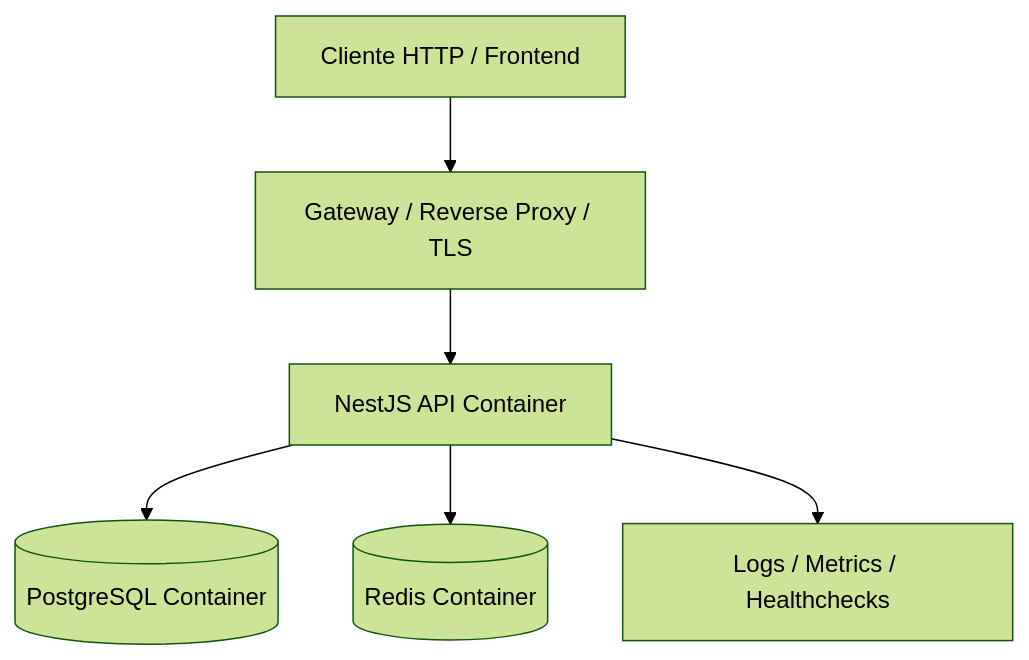
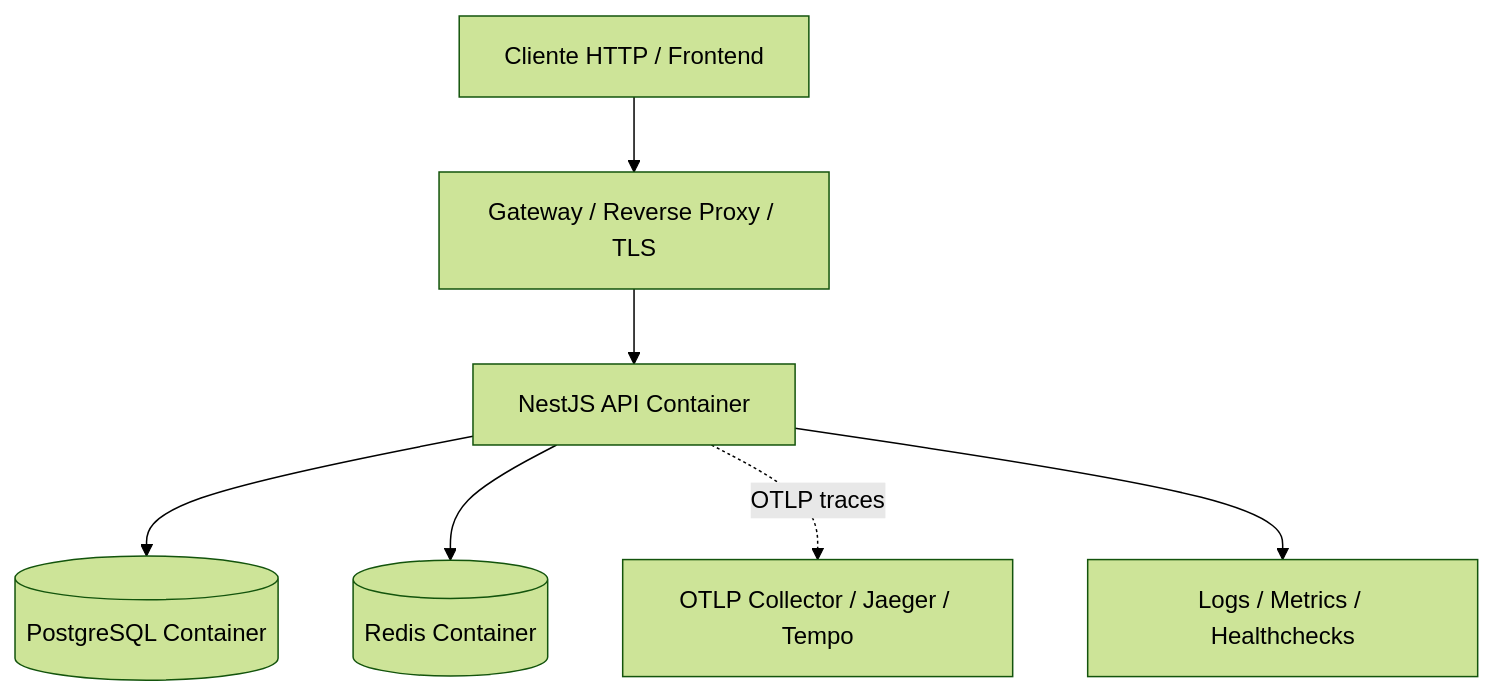
Before and after one commit to joisiney/short-url-api: the second of 5 diagrams in README.md, drawn with Mermaid (forest theme). The commit also changed other lines of this file and 1 other file, not shown here.

First line of the commit message:
docs: document observability flow and OTEL env setup

````diff
--- a/README.md
+++ b/README.md
@@ -87,15 +88,17 @@
 ```mermaid
 flowchart TB
     Client[Cliente HTTP / Frontend]
     ReverseProxy[Gateway / Reverse Proxy / TLS]
     NestApi[NestJS API Container]
     Postgres[(PostgreSQL Container)]
     Redis[(Redis Container)]
+    OTelCollector[OTLP Collector / Jaeger / Tempo]
     Obs[Logs / Metrics / Healthchecks]
 
     Client --> ReverseProxy
     ReverseProxy --> NestApi
     NestApi --> Postgres
     NestApi --> Redis
+    NestApi -.->|OTLP traces| OTelCollector
     NestApi --> Obs
 ```
````
